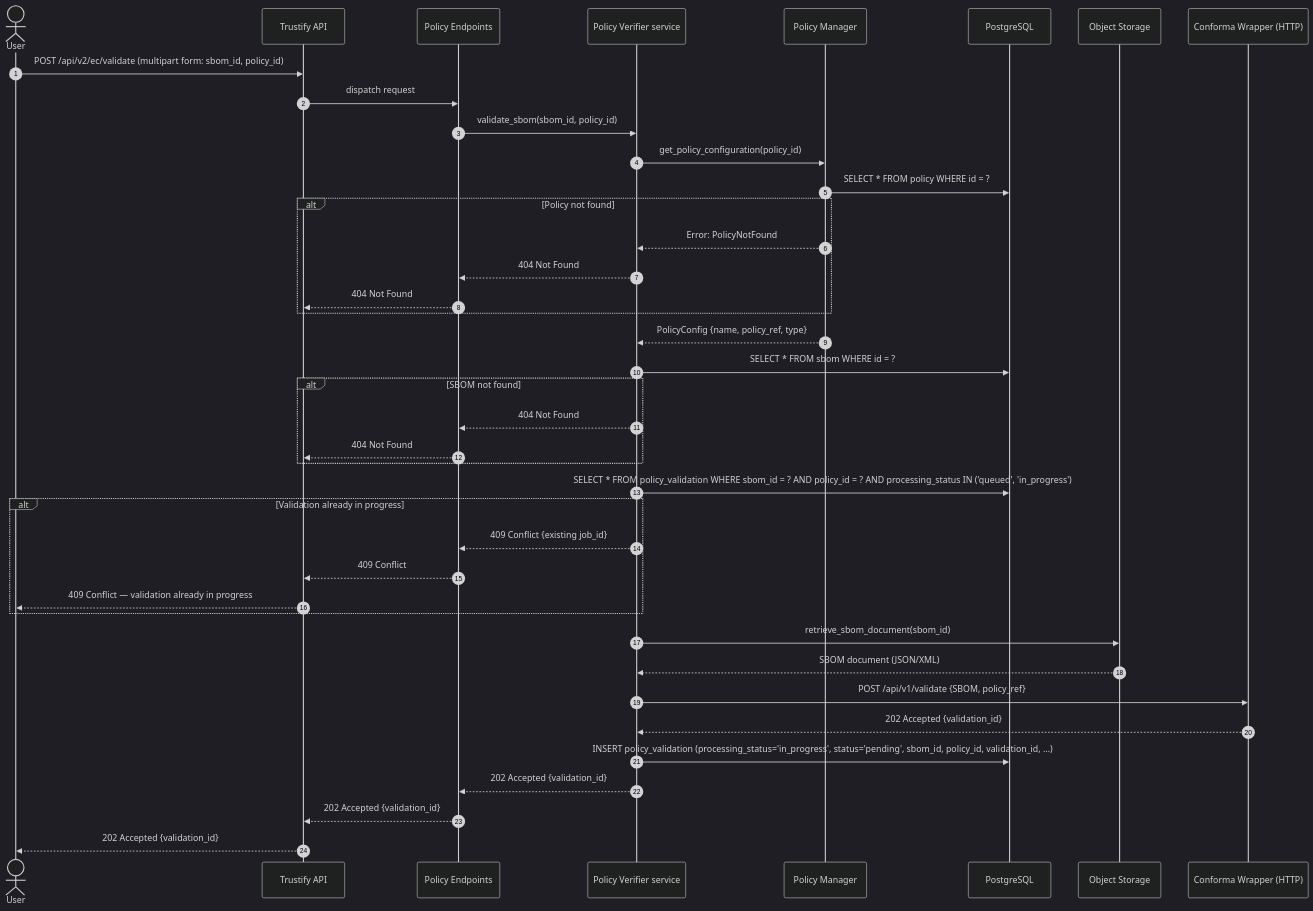
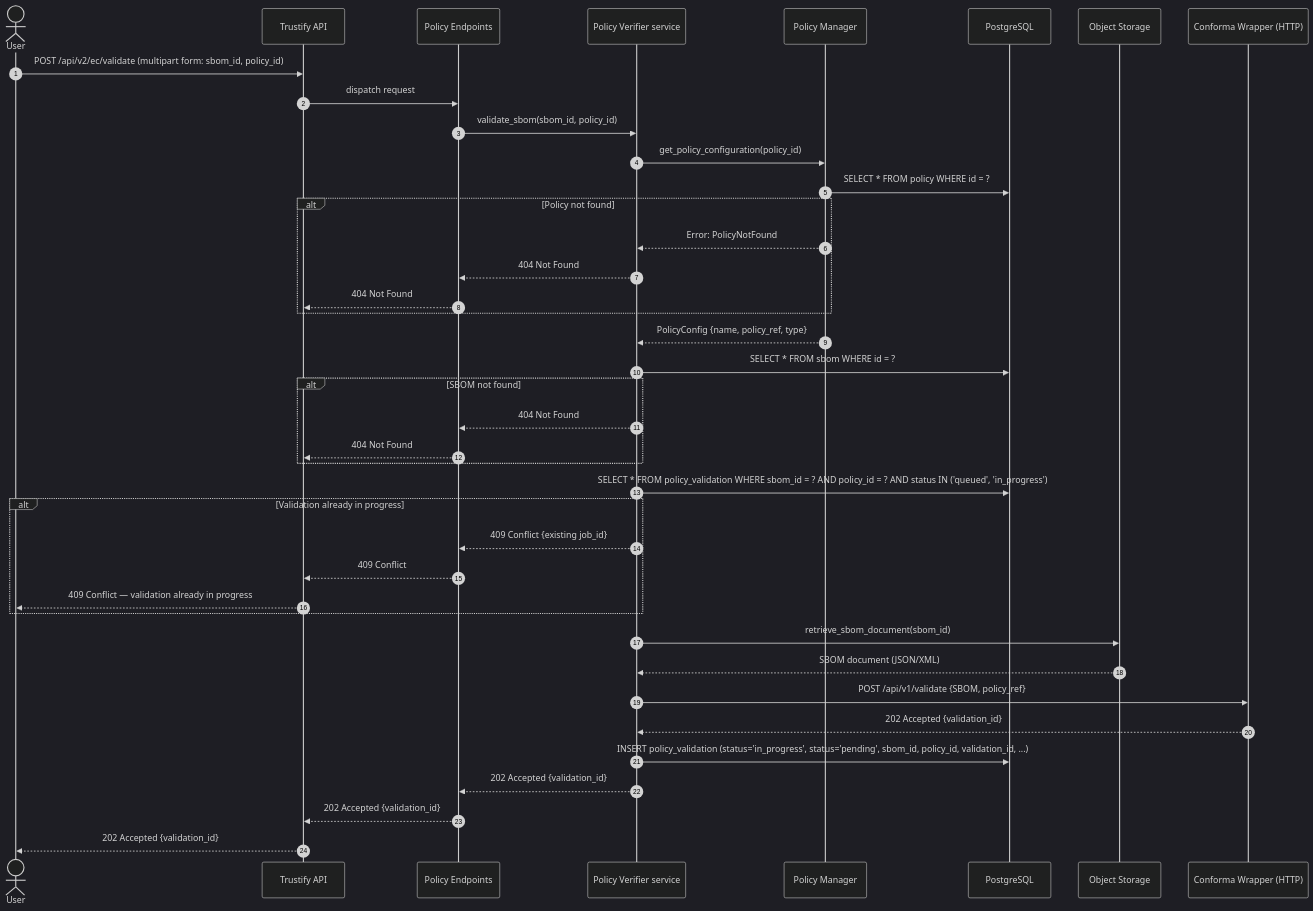
Before and after one commit to gildub/trustify: the fifth of 6 diagrams in docs/adrs/00014-enterprise-contract-integration.md, drawn with Mermaid (dark theme). The commit also changed other lines of this file, not shown here.

Commit message:
Adjust status

````diff
--- a/docs/adrs/00014-enterprise-contract-integration.md
+++ b/docs/adrs/00014-enterprise-contract-integration.md
@@ -254,49 +254,49 @@
 ```mermaid
 sequenceDiagram
     autonumber
     actor User
     participant API as Trustify API
     participant EP as Policy Endpoints
     participant VS as Policy Verifier service
     participant PM as Policy Manager
     participant DB as PostgreSQL
     participant S3 as Object Storage
     participant Wrapper as Conforma Wrapper (HTTP)
 
     User->>API: POST /api/v2/ec/validate (multipart form: sbom_id, policy_id)
     API->>EP: dispatch request
     EP->>VS: validate_sbom(sbom_id, policy_id)
 
     VS->>PM: get_policy_configuration(policy_id)
     PM->>DB: SELECT * FROM policy WHERE id = ?
     alt Policy not found
         PM-->>VS: Error: PolicyNotFound
         VS-->>EP: 404 Not Found
         EP-->>API: 404 Not Found
     end
     PM-->>VS: PolicyConfig {name, policy_ref, type}
 
     VS->>DB: SELECT * FROM sbom WHERE id = ?
     alt SBOM not found
         VS-->>EP: 404 Not Found
         EP-->>API: 404 Not Found
     end
 
-    VS->>DB: SELECT * FROM policy_validation WHERE sbom_id = ? AND policy_id = ? AND processing_status IN ('queued', 'in_progress')
+    VS->>DB: SELECT * FROM policy_validation WHERE sbom_id = ? AND policy_id = ? AND status IN ('queued', 'in_progress')
     alt Validation already in progress
         VS-->>EP: 409 Conflict {existing job_id}
         EP-->>API: 409 Conflict
         API-->>User: 409 Conflict — validation already in progress
     end
 
     VS->>S3: retrieve_sbom_document(sbom_id)
     S3-->>VS: SBOM document (JSON/XML)
 
     VS->>Wrapper: POST /api/v1/validate {SBOM, policy_ref}
     Wrapper-->>VS: 202 Accepted {validation_id}
 
-    VS->>DB: INSERT policy_validation (processing_status='in_progress', status='pending', sbom_id, policy_id, validation_id, ...)
+    VS->>DB: INSERT policy_validation (status='in_progress', status='pending', sbom_id, policy_id, validation_id, ...)
     VS-->>EP: 202 Accepted {validation_id}
     EP-->>API: 202 Accepted {validation_id}
     API-->>User: 202 Accepted {validation_id}
 ```
````
